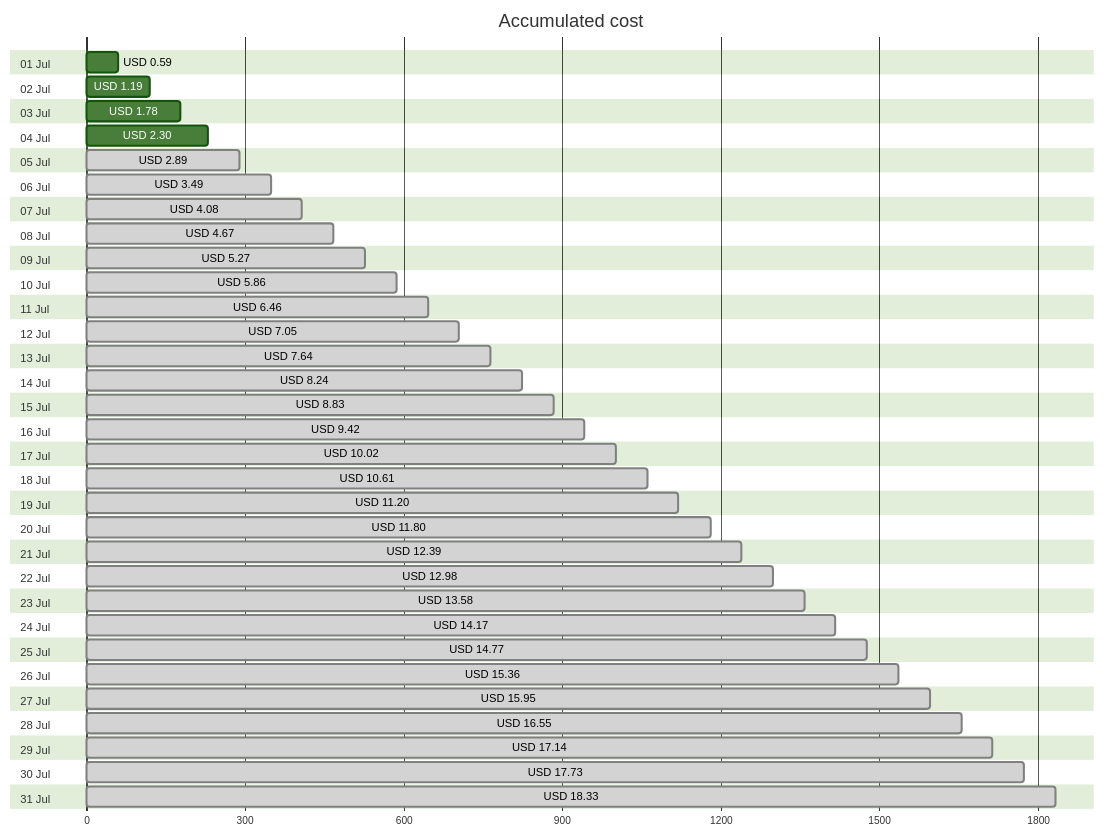
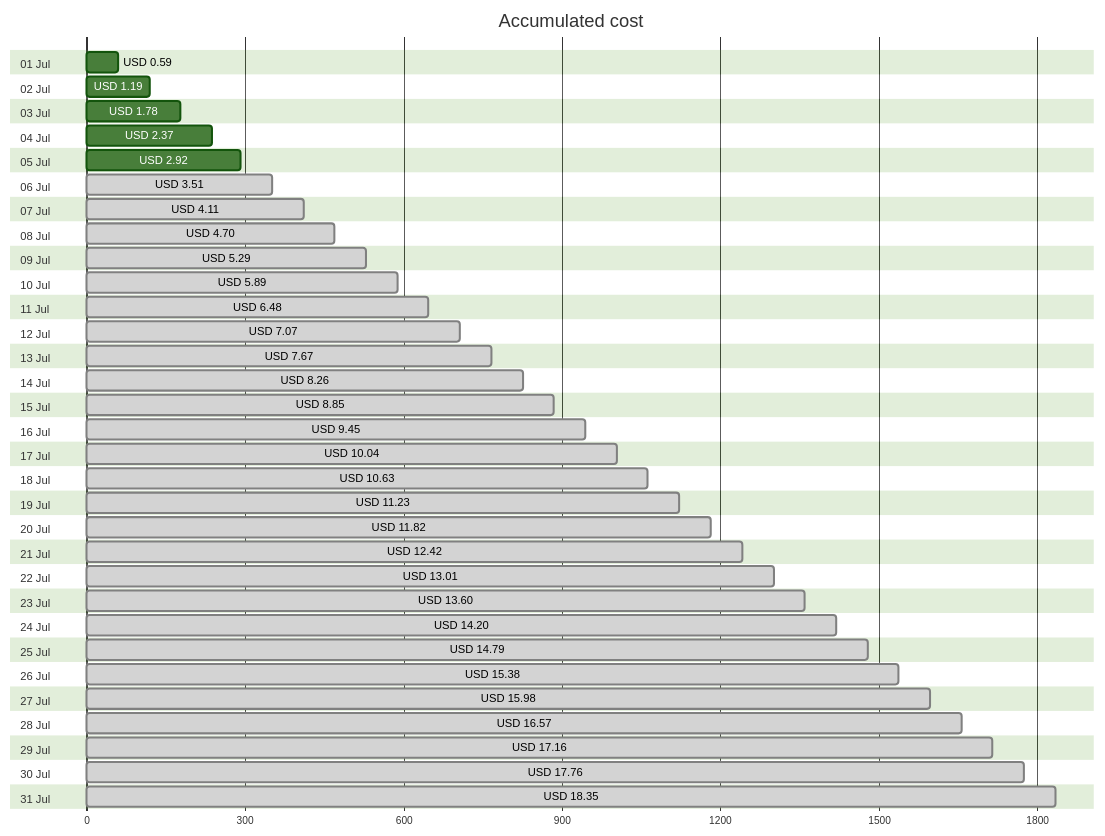
Before and after one commit to jpfulton/azure-personal-reports: the first of 4 diagrams in cost-reports/personal-site/README.md, drawn with Mermaid (forest theme). The commit also changed other lines of this file and 6 other files, not shown here.

````diff
--- a/cost-reports/personal-site/README.md
+++ b/cost-reports/personal-site/README.md
@@ -20,68 +20,68 @@
 ```mermaid
 gantt
    title Accumulated cost
    dateFormat  X
    axisFormat %s
    section 01 Jul
    USD 0.59 :0, 59
    section 02 Jul
    USD 1.19 :0, 119
    section 03 Jul
    USD 1.78 :0, 178
    section 04 Jul
-   USD 2.30 :0, 230
+   USD 2.37 :0, 237
    section 05 Jul
-   USD 2.89 : done, 0, 289
+   USD 2.92 :0, 292
    section 06 Jul
-   USD 3.49 : done, 0, 349
+   USD 3.51 : done, 0, 351
    section 07 Jul
-   USD 4.08 : done, 0, 408
+   USD 4.11 : done, 0, 411
    section 08 Jul
-   USD 4.67 : done, 0, 467
+   USD 4.70 : done, 0, 470
    section 09 Jul
-   USD 5.27 : done, 0, 527
+   USD 5.29 : done, 0, 529
    section 10 Jul
-   USD 5.86 : done, 0, 586
+   USD 5.89 : done, 0, 589
    section 11 Jul
-   USD 6.46 : done, 0, 646
+   USD 6.48 : done, 0, 648
    section 12 Jul
-   USD 7.05 : done, 0, 705
+   USD 7.07 : done, 0, 707
    section 13 Jul
-   USD 7.64 : done, 0, 764
+   USD 7.67 : done, 0, 767
    section 14 Jul
-   USD 8.24 : done, 0, 824
+   USD 8.26 : done, 0, 826
    section 15 Jul
-   USD 8.83 : done, 0, 883
+   USD 8.85 : done, 0, 885
    section 16 Jul
-   USD 9.42 : done, 0, 942
+   USD 9.45 : done, 0, 945
    section 17 Jul
-   USD 10.02 : done, 0, 1002
+   USD 10.04 : done, 0, 1004
    section 18 Jul
-   USD 10.61 : done, 0, 1061
+   USD 10.63 : done, 0, 1063
    section 19 Jul
-   USD 11.20 : done, 0, 1120
+   USD 11.23 : done, 0, 1123
    section 20 Jul
-   USD 11.80 : done, 0, 1180
+   USD 11.82 : done, 0, 1182
    section 21 Jul
-   USD 12.39 : done, 0, 1239
+   USD 12.42 : done, 0, 1242
    section 22 Jul
-   USD 12.98 : done, 0, 1298
+   USD 13.01 : done, 0, 1301
    section 23 Jul
-   USD 13.58 : done, 0, 1358
+   USD 13.60 : done, 0, 1360
    section 24 Jul
-   USD 14.17 : done, 0, 1417
+   USD 14.20 : done, 0, 1420
    section 25 Jul
-   USD 14.77 : done, 0, 1477
+   USD 14.79 : done, 0, 1479
    section 26 Jul
-   USD 15.36 : done, 0, 1536
+   USD 15.38 : done, 0, 1538
    section 27 Jul
-   USD 15.95 : done, 0, 1595
+   USD 15.98 : done, 0, 1598
    section 28 Jul
-   USD 16.55 : done, 0, 1655
+   USD 16.57 : done, 0, 1657
    section 29 Jul
-   USD 17.14 : done, 0, 1714
+   USD 17.16 : done, 0, 1716
    section 30 Jul
-   USD 17.73 : done, 0, 1773
+   USD 17.76 : done, 0, 1776
    section 31 Jul
-   USD 18.33 : done, 0, 1833
+   USD 18.35 : done, 0, 1835
 ```
````
